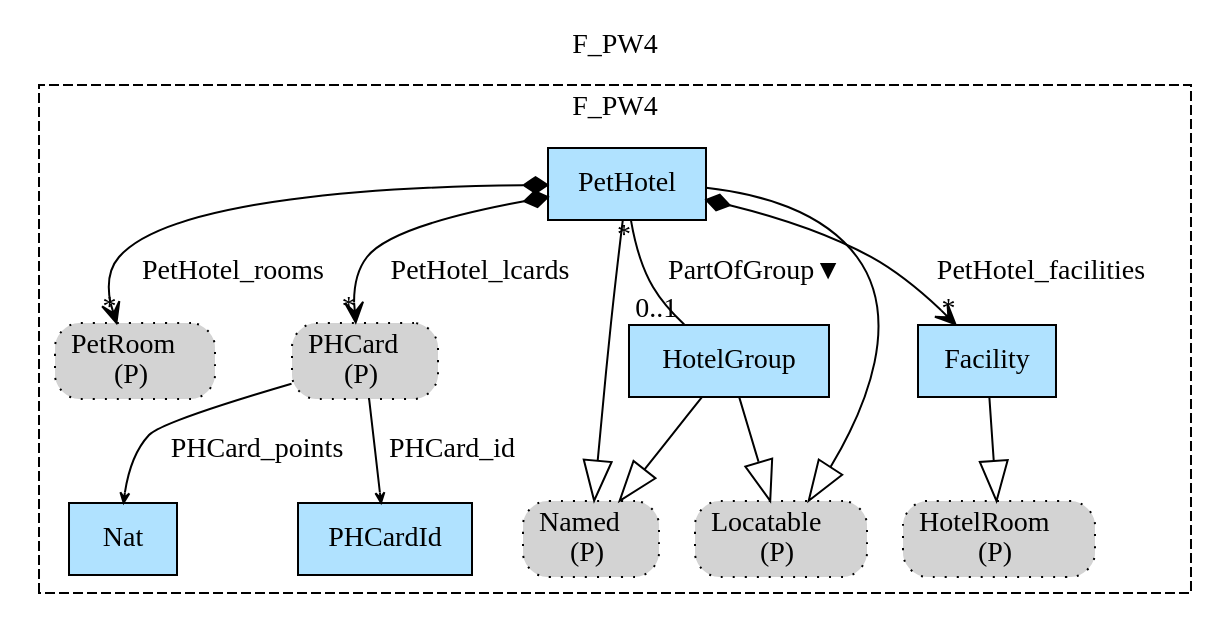
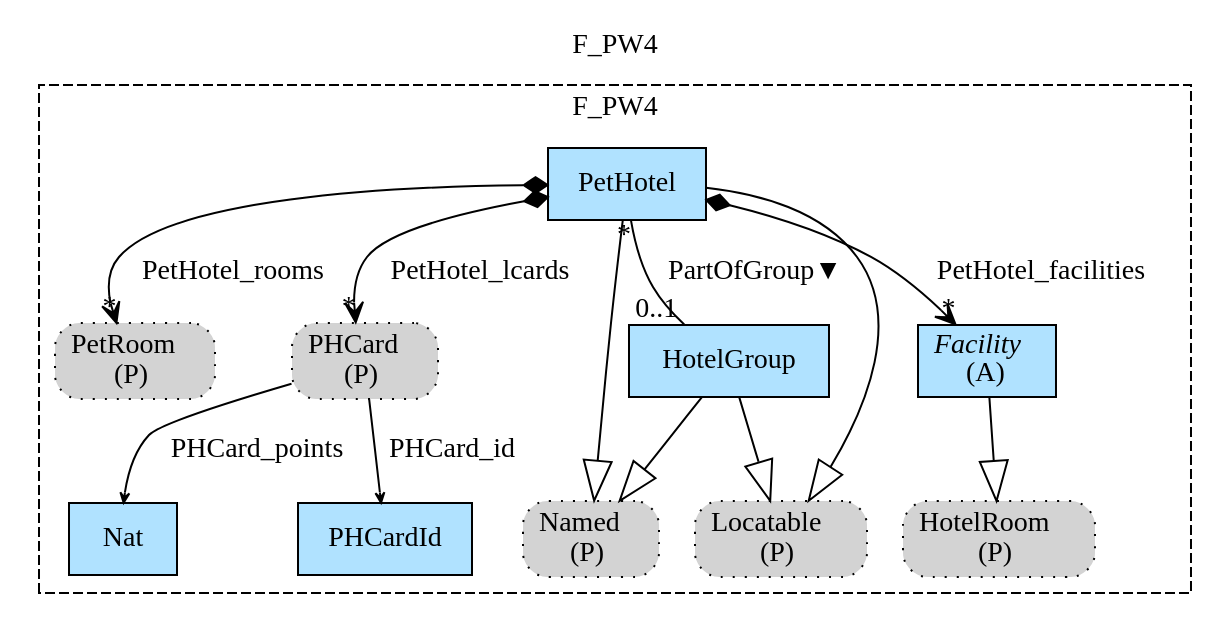
Before and after one commit to namalio/Fragmenta: the diagram in Haskell/FragmentaTests/PetsWorld/img/F_PW4.gv, drawn with Graphviz. The commit also changed 36 other files, not shown here.

```diff
--- a/Haskell/FragmentaTests/PetsWorld/img/F_PW4.gv
+++ b/Haskell/FragmentaTests/PetsWorld/img/F_PW4.gv
@@ -1,32 +1,32 @@
 digraph {graph[label=F_PW4,labelloc=tl,labelfontsize=12];
 subgraph cluster_F_PW4{style=dashed;label=F_PW4;
 "PPetRoom"[shape=box,fillcolor=lightgray,style ="rounded,filled,dotted",label=<PetRoom<br/>(P)>];
 "Nat"[shape=record,fillcolor=lightskyblue1,style = filled,label="Nat"];
 "PPHCard"[shape=box,fillcolor=lightgray,style ="rounded,filled,dotted",label=<PHCard<br/>(P)>];
 "PHCardId"[shape=record,fillcolor=lightskyblue1,style = filled,label="PHCardId"];
 "PetHotel"[shape=record,fillcolor=lightskyblue1,style = filled,label="PetHotel"];
 "PNamed"[shape=box,fillcolor=lightgray,style ="rounded,filled,dotted",label=<Named<br/>(P)>];
 "HotelGroup"[shape=record,fillcolor=lightskyblue1,style = filled,label="HotelGroup"];
 "PLocatable"[shape=box,fillcolor=lightgray,style ="rounded,filled,dotted",label=<Locatable<br/>(P)>];
-"Facility"[shape=record,fillcolor=lightskyblue1,style = filled,label="Facility"];
+"Facility"[shape=record,fillcolor=lightskyblue1,style = filled,label=<{<I>Facility</I><br/>(A)}>];
 "PHotelRoom"[shape=box,fillcolor=lightgray,style ="rounded,filled,dotted",label=<HotelRoom<br/>(P)>];
 
 "PetHotel"->"HotelGroup"[label="PartOfGroup▼",dir=none,taillabel="*",headlabel="0..1"];
 "PetHotel"->"PPHCard"[label="PetHotel_lcards",arrowhead=vee,arrowtail=diamond,dir=both,headlabel="*"];
 "PetHotel"->"Facility"[label="PetHotel_facilities",arrowhead=vee,arrowtail=diamond,dir=both,headlabel="*"];
 "PetHotel"->"PPetRoom"[label="PetHotel_rooms",arrowhead=vee,arrowtail=diamond,dir=both,headlabel="*"];
 "PPHCard"->"Nat"[label="PHCard_points",arrowhead=vee,headlabel="",arrowsize=.5];
 "PPHCard"->"PHCardId"[label="PHCard_id",arrowhead=vee,headlabel="",arrowsize=.5];
 "PetHotel"->"PNamed"[arrowhead=onormal,arrowsize=2.0];
 "PetHotel"->"PLocatable"[arrowhead=onormal,arrowsize=2.0];
 "HotelGroup"->"PNamed"[arrowhead=onormal,arrowsize=2.0];
 "HotelGroup"->"PLocatable"[arrowhead=onormal,arrowsize=2.0];
 "Facility"->"PHotelRoom"[arrowhead=onormal,arrowsize=2.0];
 
 }
 
 
 
 
 
 }
```
